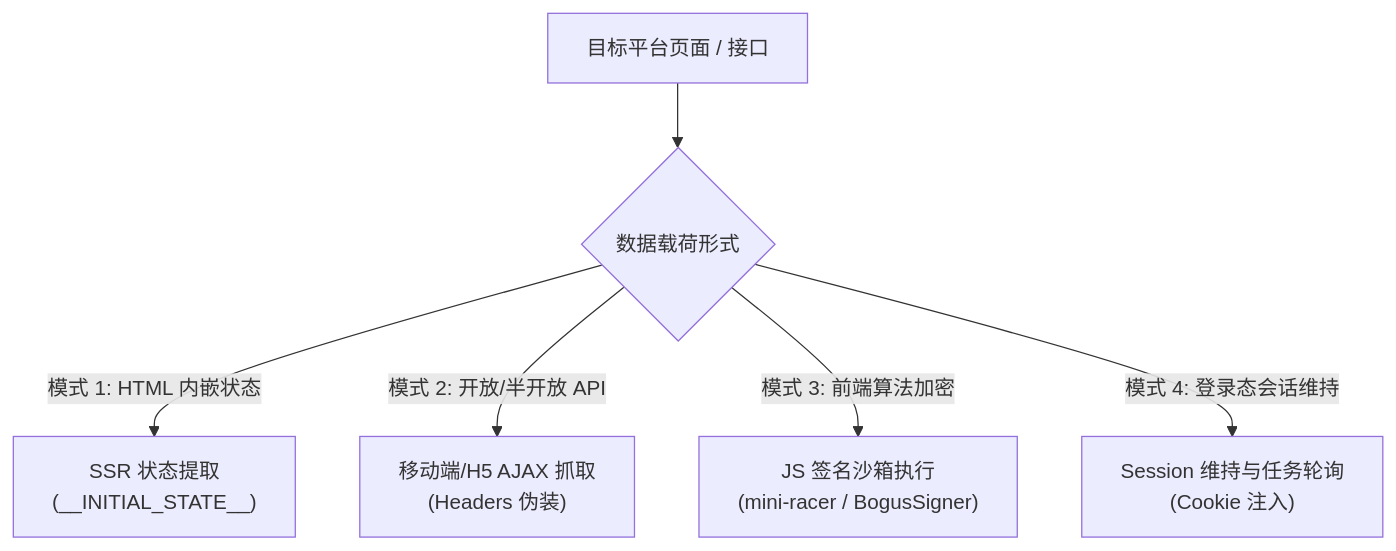
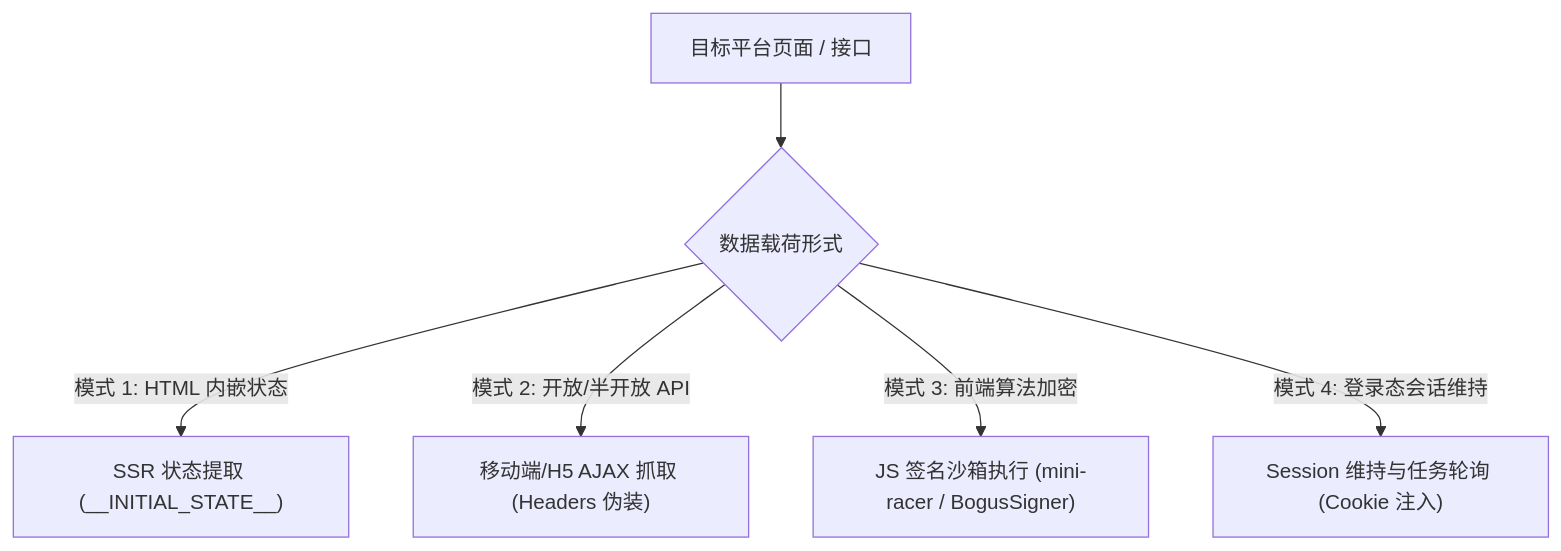
Before and after one commit to ucmao/media-parser: the diagram in docs/reverse-guide.md, drawn with Mermaid. The commit also changed 41 other files, not shown here.

````diff
--- a/docs/reverse-guide.md
+++ b/docs/reverse-guide.md
@@ -11,9 +11,9 @@
 ```mermaid
 graph TD
     Start["目标平台页面 / 接口"] --> Decision{"数据载荷形式"}
     
-    Decision -->|"模式 1: HTML 内嵌状态"| SSR["SSR 状态提取<br>(__INITIAL_STATE__)"]
-    Decision -->|"模式 2: 开放/半开放 API"| API["移动端/H5 AJAX 抓取<br>(Headers 伪装)"]
-    Decision -->|"模式 3: 前端算法加密"| JS["JS 签名沙箱执行<br>(mini-racer / BogusSigner)"]
-    Decision -->|"模式 4: 登录态会话维持"| Session["Session 维持与任务轮询<br>(Cookie 注入)"]
+    Decision -->|"模式 1: HTML 内嵌状态"| SSR["SSR 状态提取 (__INITIAL_STATE__)"]
+    Decision -->|"模式 2: 开放/半开放 API"| API["移动端/H5 AJAX 抓取 (Headers 伪装)"]
+    Decision -->|"模式 3: 前端算法加密"| JS["JS 签名沙箱执行 (mini-racer / BogusSigner)"]
+    Decision -->|"模式 4: 登录态会话维持"| Session["Session 维持与任务轮询 (Cookie 注入)"]
 ```
````
